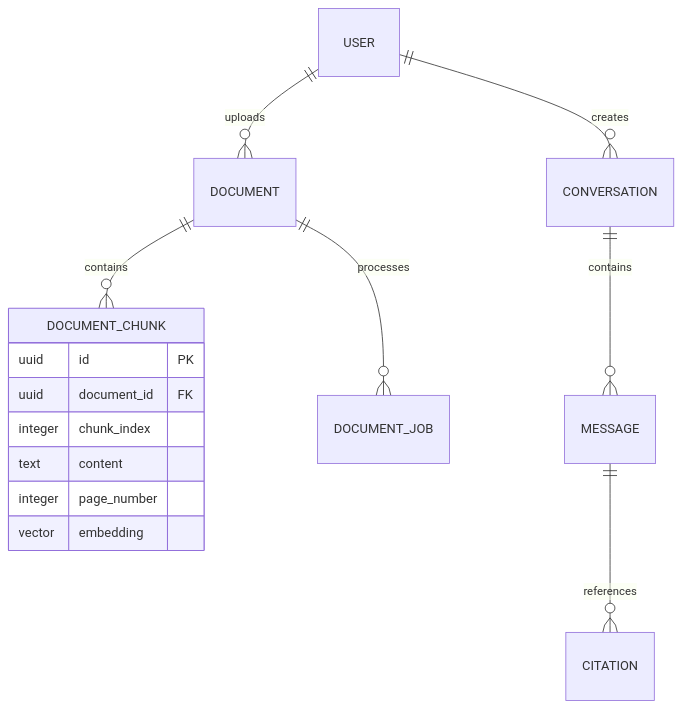
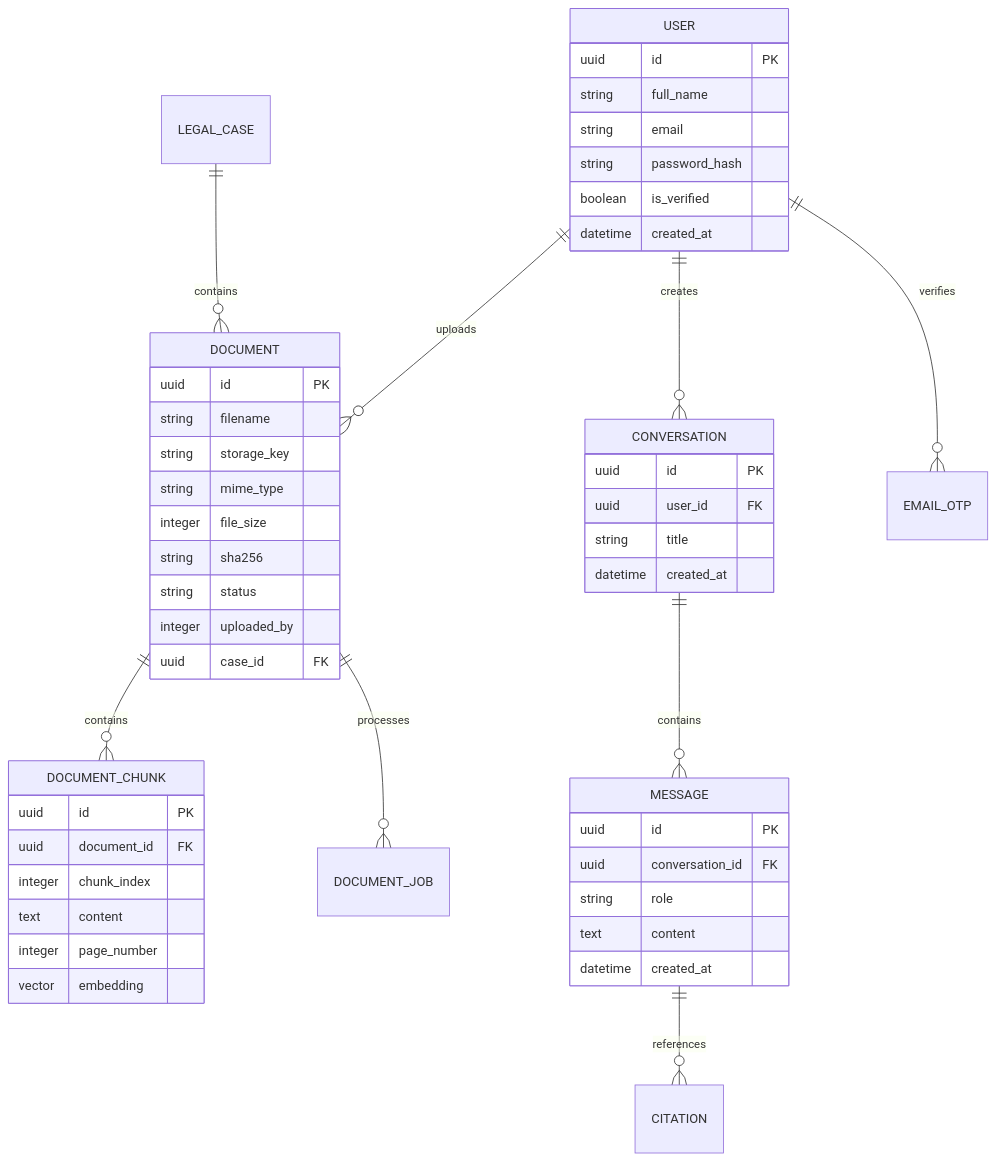
The sixth of 6 diagrams in Readme.md (ayushrajput545/NyayaAI), drawn with Mermaid before and after one commit. The commit also changed other lines of this file, not shown here.

First line of the commit message:
Revise evaluation results and database architecture

````diff
--- a/Readme.md
+++ b/Readme.md
@@ -339,18 +345,58 @@
 ```mermaid
 erDiagram
     USER ||--o{ DOCUMENT : uploads
     USER ||--o{ CONVERSATION : creates
+    USER ||--o{ EMAIL_OTP : verifies
+    
+    LEGAL_CASE ||--o{ DOCUMENT : contains
     DOCUMENT ||--o{ DOCUMENT_CHUNK : contains
     DOCUMENT ||--o{ DOCUMENT_JOB : processes
+    
     CONVERSATION ||--o{ MESSAGE : contains
     MESSAGE ||--o{ CITATION : references
-
+    
+    USER {
+        uuid id PK
+        string full_name
+        string email
+        string password_hash
+        boolean is_verified
+        datetime created_at
+    }
+    
+    DOCUMENT {
+        uuid id PK
+        string filename
+        string storage_key
+        string mime_type
+        integer file_size
+        string sha256
+        string status
+        integer uploaded_by
+        uuid case_id FK
+    }
+    
     DOCUMENT_CHUNK {
         uuid id PK
         uuid document_id FK
         integer chunk_index
         text content
         integer page_number
         vector embedding
     }
+    
+    CONVERSATION {
+        uuid id PK
+        uuid user_id FK
+        string title
+        datetime created_at
+    }
+    
+    MESSAGE {
+        uuid id PK
+        uuid conversation_id FK
+        string role
+        text content
+        datetime created_at
+    }
 ```
````
